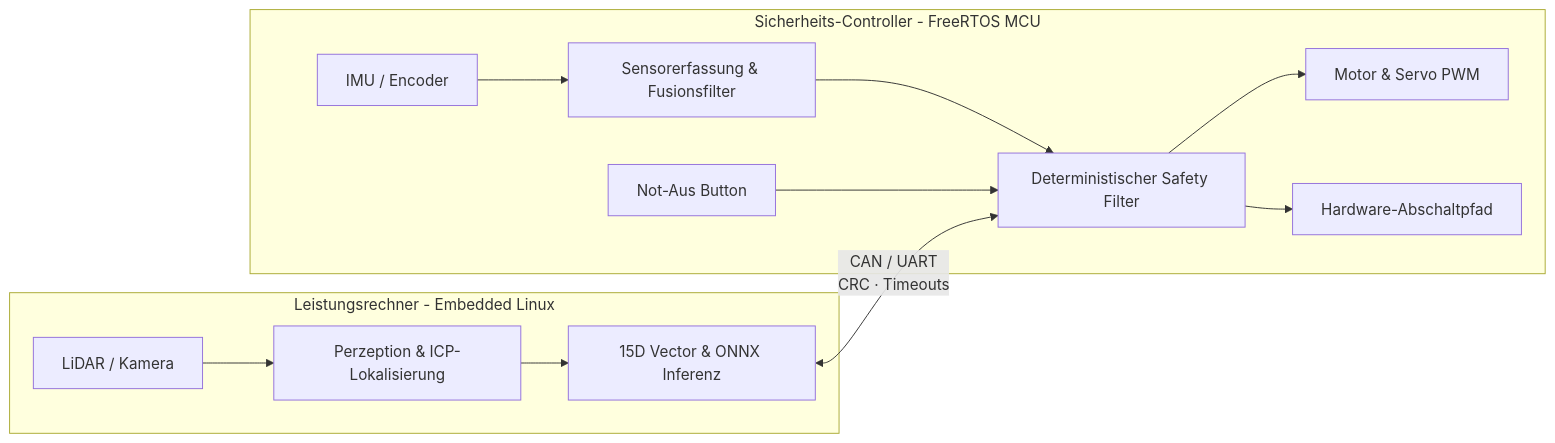
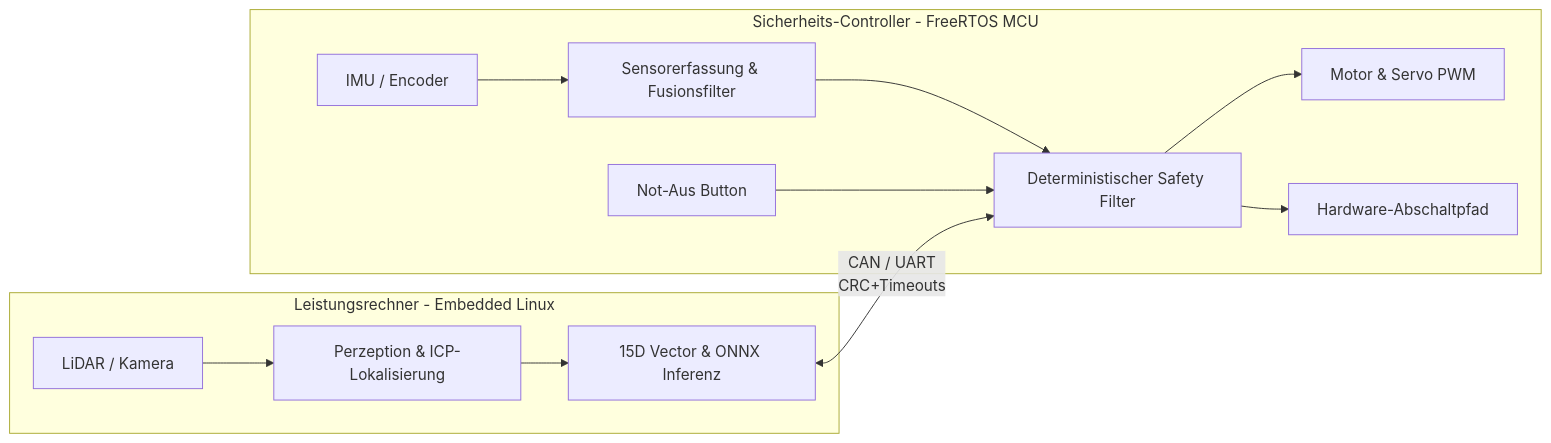
One commit to Bigfire3/wro-fe-rl-simulation changed the first of 3 diagrams in docs/embedded_system/embedded_concept.md. Above: the diagram before and after it, drawn with Mermaid. The commit also changed other lines of this file and 1 other file, not shown here.

````diff
--- a/docs/embedded_system/embedded_concept.md
+++ b/docs/embedded_system/embedded_concept.md
@@ -93,16 +92,16 @@
 ```mermaid @mermaid
 flowchart LR
     subgraph Linux [Leistungsrechner - Embedded Linux]
         S[LiDAR / Kamera] --> P[Perzeption & ICP-Lokalisierung]
         P --> O[15D Vector & ONNX Inferenz]
     end
 
     subgraph MCU [Sicherheits-Controller - FreeRTOS MCU]
         I[IMU / Encoder] --> M[Sensorerfassung & Fusionsfilter]
         M --> SF[Deterministischer Safety Filter]
-        O <-->|CAN / UART\nCRC · Timeouts| SF
+        O <-->|CAN / UART\nCRC+Timeouts| SF
         SF --> A[Motor & Servo PWM]
         E[Not-Aus Button] --> SF
         SF --> Dis[Hardware-Abschaltpfad]
     end
 ```
````
